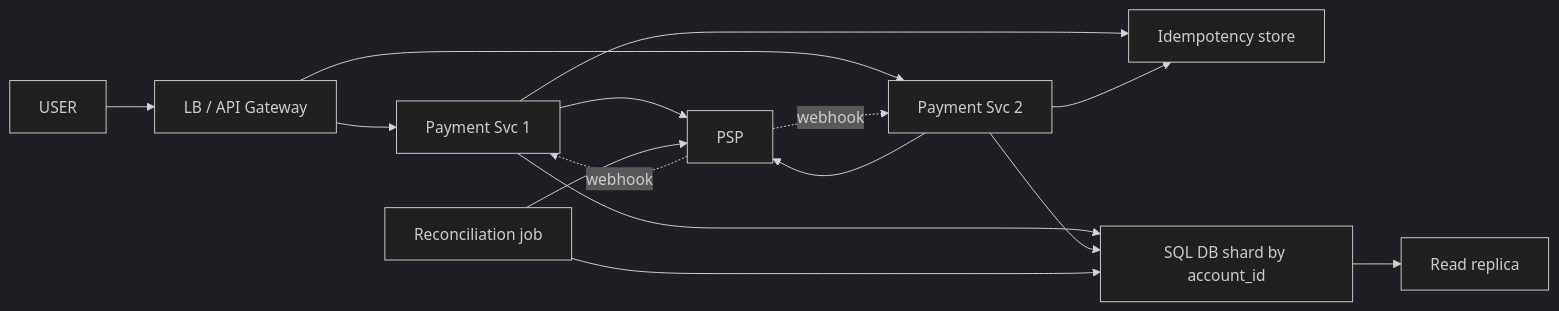
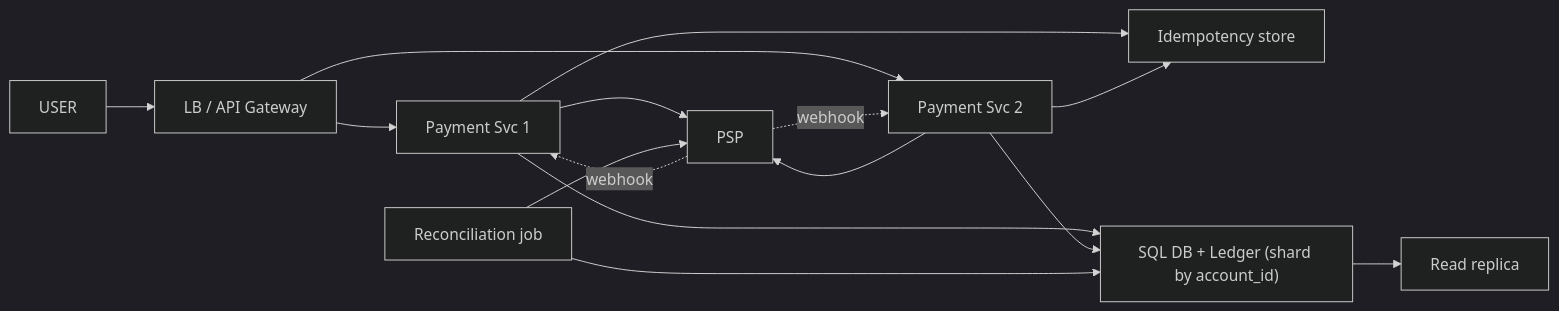
Before and after one commit to ArpanMaheshwari144/Prep: diagram 12 of 12 in 04_HLD/SYSTEM_DESIGNS/06_payment_system/06_payment_system.md, drawn with Mermaid (dark theme). The commit also changed other lines of this file and 10 other files, not shown here.

````diff
--- a/04_HLD/SYSTEM_DESIGNS/06_payment_system/06_payment_system.md
+++ b/04_HLD/SYSTEM_DESIGNS/06_payment_system/06_payment_system.md
@@ -471,26 +471,26 @@
 ```mermaid
 flowchart LR
     n_USER["USER"]
     n_LB_API_Gateway["LB / API Gateway"]
     n_Payment_Svc_x_N_1["Payment Svc 1"]
     n_Payment_Svc_x_N_2["Payment Svc 2"]
     n_Idempotency_store["Idempotency store"]
     n_PSP["PSP"]
-    n_SQL_DB_shard_by_account_id["SQL DB shard by account_id"]
+    n_SQL_DB_shard_by_account_id["SQL DB + Ledger (shard by account_id)"]
     n_Read_replica["Read replica"]
     n_Reconciliation_job["Reconciliation job"]
     n_USER --> n_LB_API_Gateway
     n_LB_API_Gateway --> n_Payment_Svc_x_N_1
     n_LB_API_Gateway --> n_Payment_Svc_x_N_2
     n_Payment_Svc_x_N_1 --> n_Idempotency_store
     n_Payment_Svc_x_N_2 --> n_Idempotency_store
     n_Payment_Svc_x_N_1 --> n_PSP
     n_Payment_Svc_x_N_2 --> n_PSP
     n_Payment_Svc_x_N_1 --> n_SQL_DB_shard_by_account_id
     n_Payment_Svc_x_N_2 --> n_SQL_DB_shard_by_account_id
     n_SQL_DB_shard_by_account_id --> n_Read_replica
     n_Reconciliation_job --> n_SQL_DB_shard_by_account_id
     n_Reconciliation_job --> n_PSP
     n_PSP -.->|webhook| n_Payment_Svc_x_N_1
     n_PSP -.->|webhook| n_Payment_Svc_x_N_2
 ```
````
